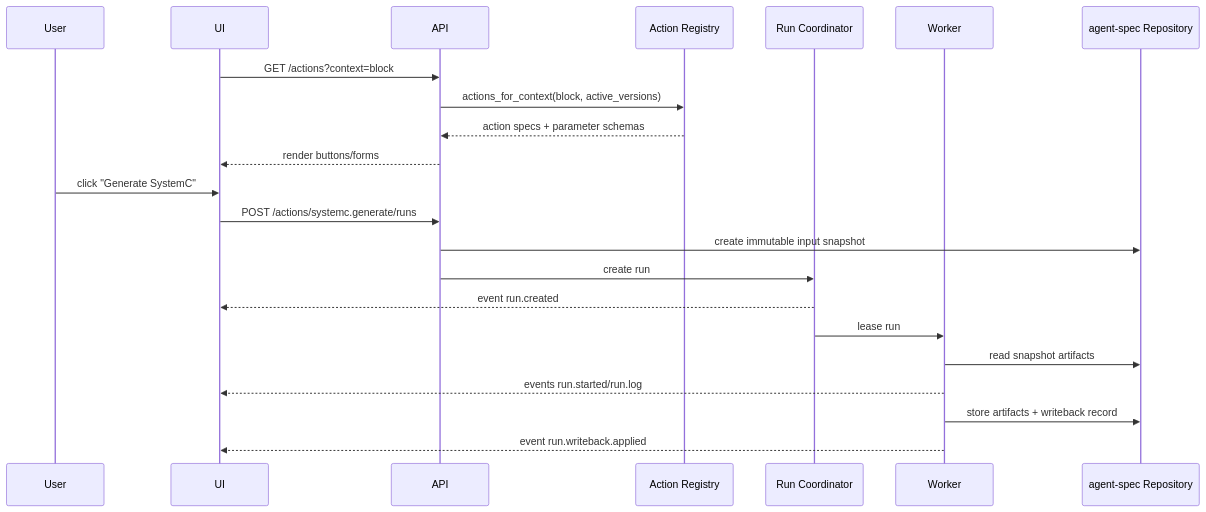
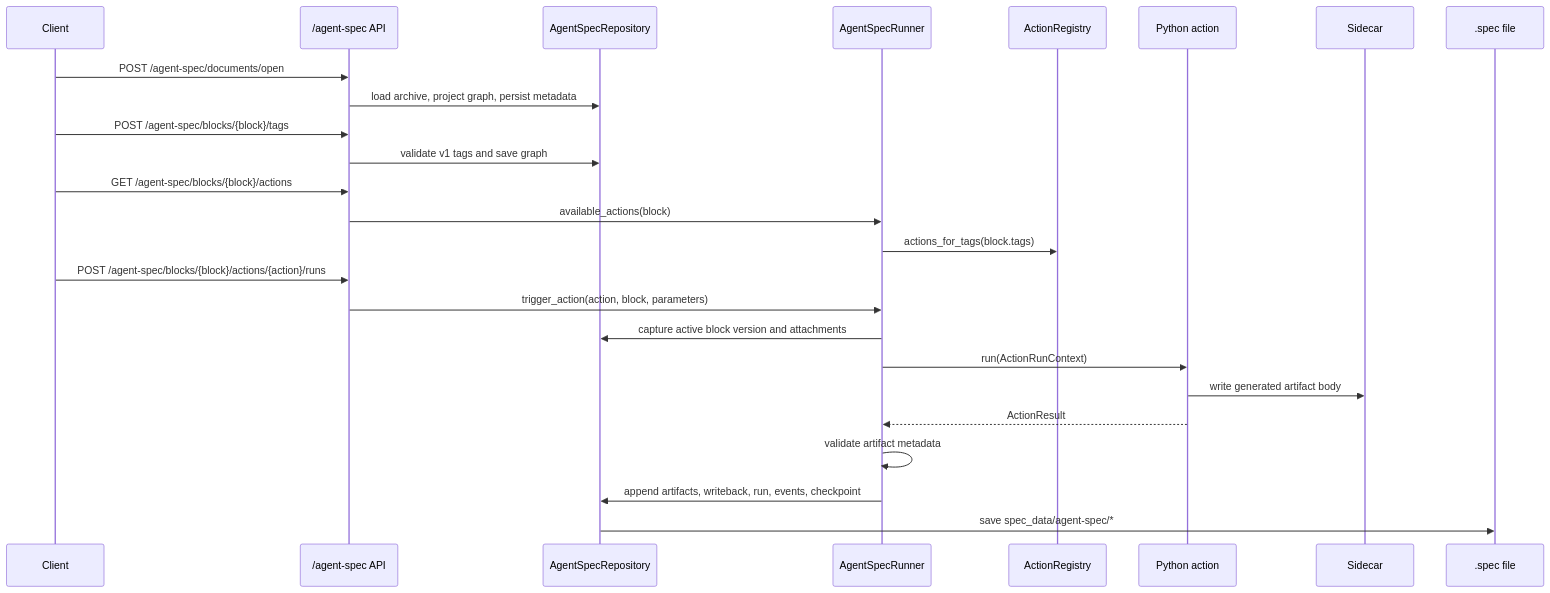
One commit to ankdesh/spec2gds changed the third of 3 diagrams in docs/agent_spec_architecture.md. Above: the diagram before and after it, drawn with Mermaid. The commit also changed other lines of this file and 54 other files, not shown here.

````diff
--- a/docs/agent_spec_architecture.md
+++ b/docs/agent_spec_architecture.md
@@ -241,25 +184,28 @@
 ```mermaid
 sequenceDiagram
-  participant User
-  participant UI
-  participant API
-  participant Registry as Action Registry
-  participant Runs as Run Coordinator
-  participant Worker
-  participant agent-spec as agent-spec Repository
+  participant Client
+  participant API as /agent-spec API
+  participant Repo as AgentSpecRepository
+  participant Runner as AgentSpecRunner
+  participant Registry as ActionRegistry
+  participant Action as Python action
+  participant Sidecar
+  participant Spec as .spec file
 
-  UI->>API: GET /actions?context=block
-  API->>Registry: actions_for_context(block, active_versions)
-  Registry-->>API: action specs + parameter schemas
-  API-->>UI: render buttons/forms
-  User->>UI: click "Generate SystemC"
-  UI->>API: POST /actions/systemc.generate/runs
-  API->>agent-spec: create immutable input snapshot
-  API->>Runs: create run
-  Runs-->>UI: event run.created
-  Runs->>Worker: lease run
-  Worker->>agent-spec: read snapshot artifacts
-  Worker-->>UI: events run.started/run.log
-  Worker->>agent-spec: store artifacts + writeback record
-  Worker-->>UI: event run.writeback.applied
+  Client->>API: POST /agent-spec/documents/open
+  API->>Repo: load archive, project graph, persist metadata
+  Client->>API: POST /agent-spec/blocks/{block}/tags
+  API->>Repo: validate v1 tags and save graph
+  Client->>API: GET /agent-spec/blocks/{block}/actions
+  API->>Runner: available_actions(block)
+  Runner->>Registry: actions_for_tags(block.tags)
+  Client->>API: POST /agent-spec/blocks/{block}/actions/{action}/runs
+  API->>Runner: trigger_action(action, block, parameters)
+  Runner->>Repo: capture active block version and attachments
+  Runner->>Action: run(ActionRunContext)
+  Action->>Sidecar: write generated artifact body
+  Action-->>Runner: ActionResult
+  Runner->>Runner: validate artifact metadata
+  Runner->>Repo: append artifacts, writeback, run, events, checkpoint
+  Repo->>Spec: save spec_data/agent-spec/*
 ```
````
